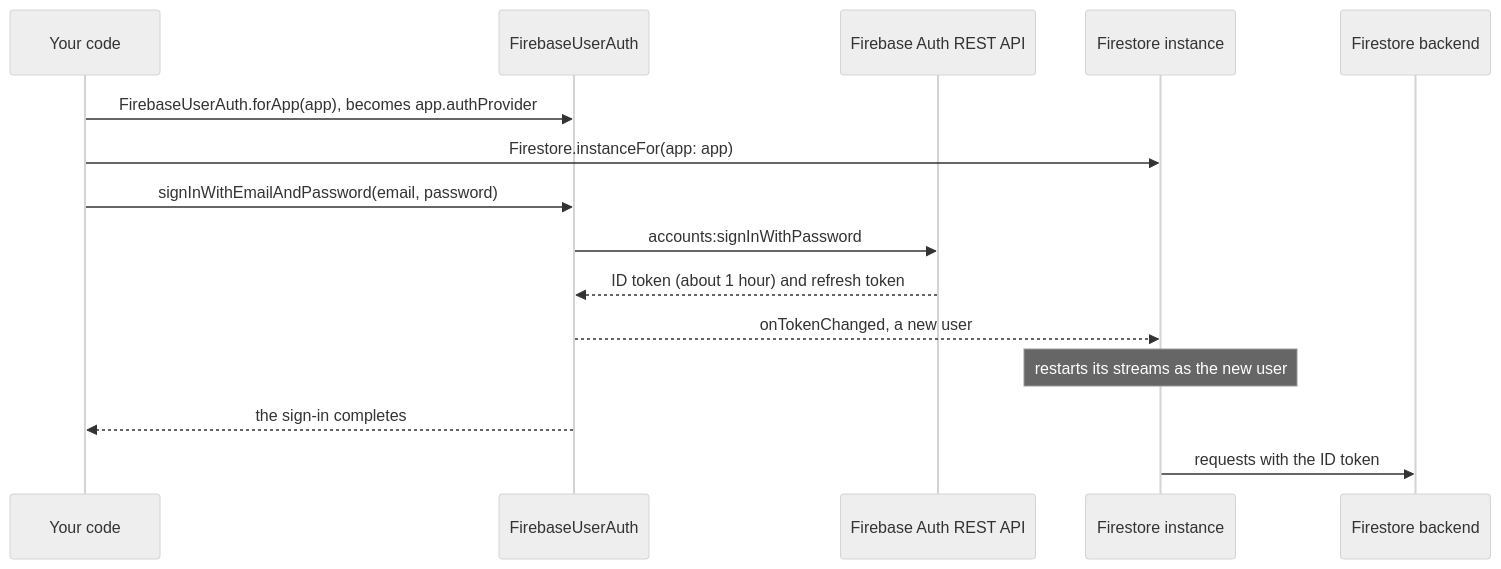
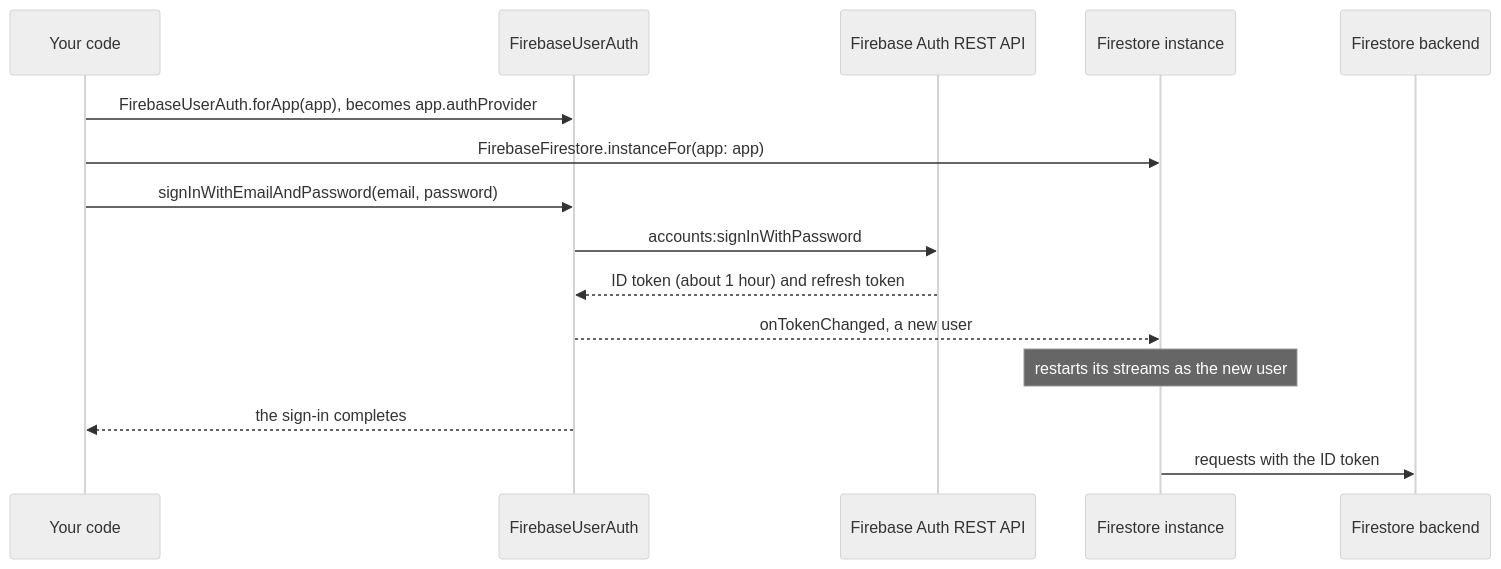
Before and after one commit to long1eu/firebase_dart_sdk: the second of 4 diagrams in docs/guides/authentication.md, drawn with Mermaid (neutral theme). The commit also changed 27 other files, not shown here.

First line of the commit message:
Bring main's new diagrams, pictures and the FlutterFire bridge to the 0.2 names

````diff
--- a/docs/guides/authentication.md
+++ b/docs/guides/authentication.md
@@ -98,19 +98,19 @@
 ```mermaid
 sequenceDiagram
   accTitle: Sign-in of a user and what Firestore does with it
-  accDescr: FirebaseUserAuth.forApp makes the provider the app's authProvider before Firestore.instanceFor. signInWithEmailAndPassword calls the Firebase Auth REST API, which returns an ID token and a refresh token. The provider announces the new user on onTokenChanged, Firestore restarts its streams as that user, then the sign-in call completes and requests carry the ID token.
+  accDescr: FirebaseUserAuth.forApp makes the provider the app's authProvider before FirebaseFirestore.instanceFor. signInWithEmailAndPassword calls the Firebase Auth REST API, which returns an ID token and a refresh token. The provider announces the new user on onTokenChanged, Firestore restarts its streams as that user, then the sign-in call completes and requests carry the ID token.
   participant code as Your code
   participant auth as FirebaseUserAuth
   participant rest as Firebase Auth REST API
   participant fs as Firestore instance
   participant be as Firestore backend
   code->>auth: FirebaseUserAuth.forApp(app), becomes app.authProvider
-  code->>fs: Firestore.instanceFor(app: app)
+  code->>fs: FirebaseFirestore.instanceFor(app: app)
   code->>auth: signInWithEmailAndPassword(email, password)
   auth->>rest: accounts:signInWithPassword
   rest-->>auth: ID token (about 1 hour) and refresh token
   auth-->>fs: onTokenChanged, a new user
   Note over fs: restarts its streams as the new user
   auth-->>code: the sign-in completes
   fs->>be: requests with the ID token
 ```
````
